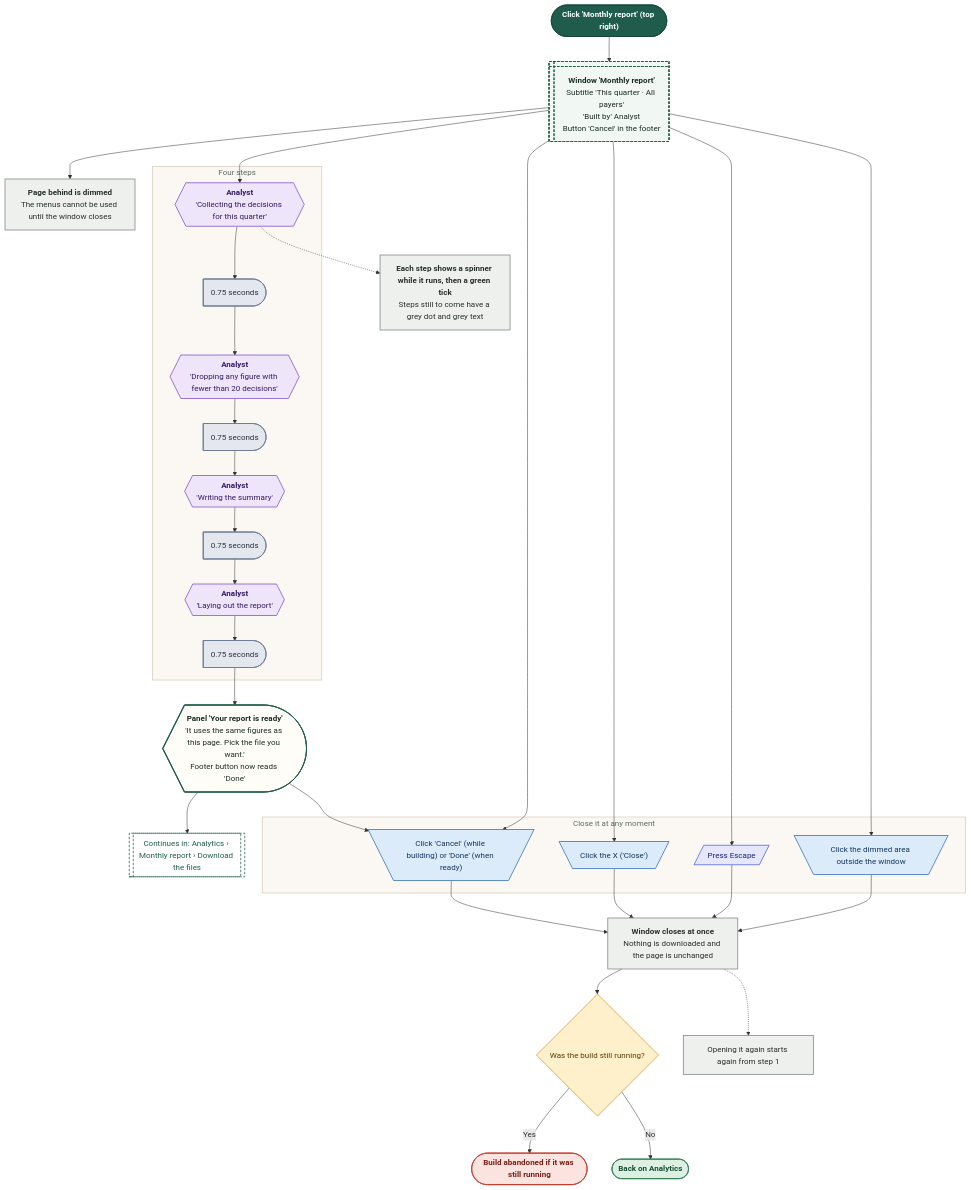
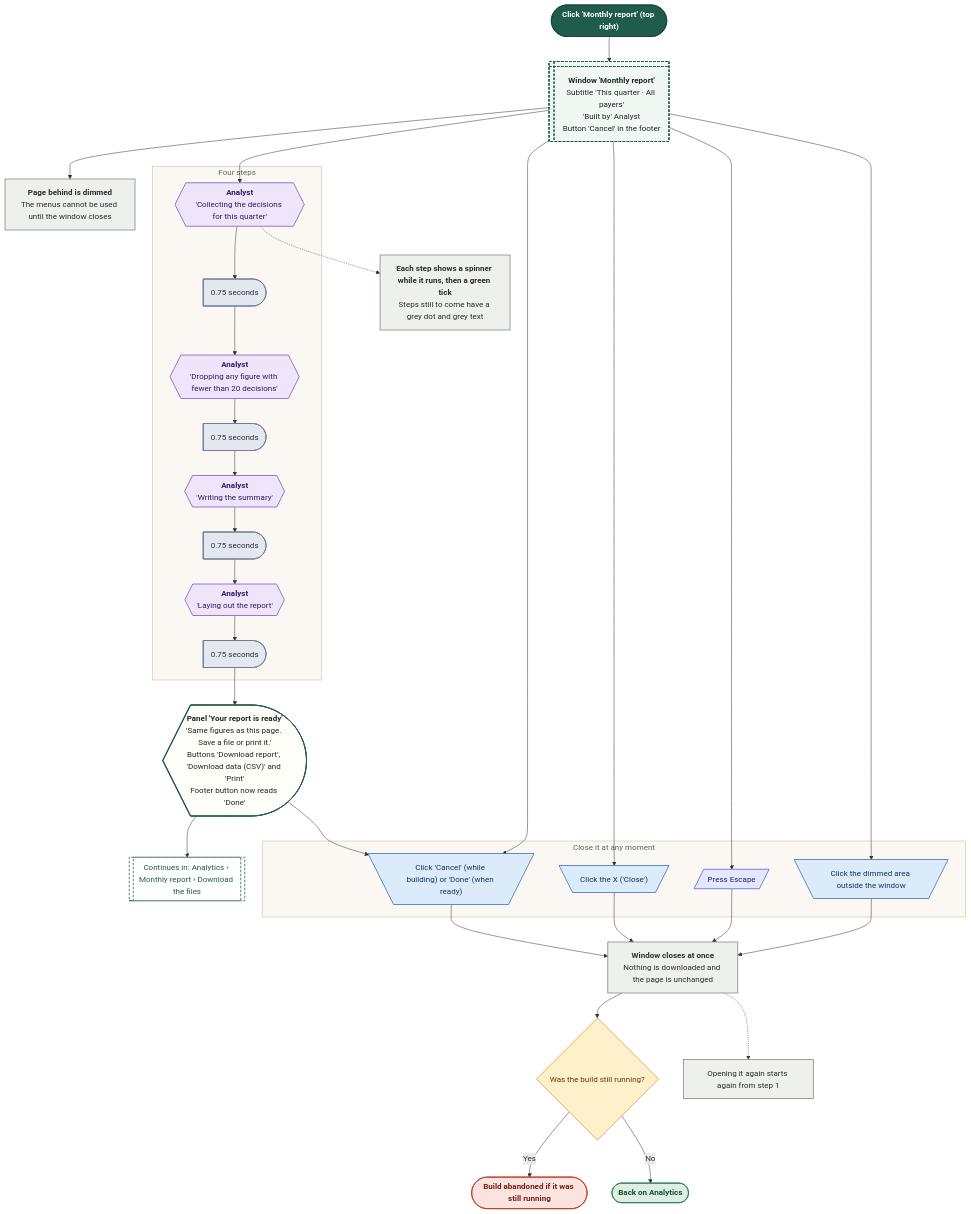
One commit to Shrav143/psyfloapp changed the seventh of 9 diagrams in demos/prior-auth-demo/workflows/out/md/08-analytics.md. Above: the diagram before and after it, drawn with Mermaid. The commit also changed other lines of this file and 195 other files, not shown here.

First line of the commit message:
docs: Rebuild workflow diagrams after the demo fixes (220 diagrams)

````diff
--- a/demos/prior-auth-demo/workflows/out/md/08-analytics.md
+++ b/demos/prior-auth-demo/workflows/out/md/08-analytics.md
@@ -401,71 +491,71 @@
 ```mermaid
 %%{init: {"theme":"base","themeVariables":{"fontFamily":"'DM Sans', 'Segoe UI', system-ui, sans-serif","fontSize":"15px","lineColor":"#5B6B63","primaryTextColor":"#1C2B25","clusterBkg":"#FBF8F3","clusterBorder":"#D9CDBB","edgeLabelBackground":"#FFFFFF"},"flowchart":{"curve":"basis","nodeSpacing":36,"rankSpacing":48,"padding":12,"htmlLabels":true,"useMaxWidth":false,"wrappingWidth":230}} }%%
 flowchart TD
   classDef k_start fill:#1F5C4B,stroke:#174638,color:#FFFFFF,stroke-width:1.5px,font-weight:600
   classDef k_end fill:#DDEFE3,stroke:#2E7D4F,color:#14502F,stroke-width:1.5px,font-weight:600
   classDef k_endx fill:#FBE3E0,stroke:#C0392B,color:#7A1F16,stroke-width:1.5px,font-weight:600
   classDef k_screen fill:#FFFDF8,stroke:#1F5C4B,color:#1C2B25,stroke-width:2px
   classDef k_overlay fill:#F1F7F3,stroke:#1F5C4B,color:#1C2B25,stroke-width:2px,stroke-dasharray:5 3
   classDef k_click fill:#DCEBFA,stroke:#2F6DB5,color:#12365F,stroke-width:1.5px
   classDef k_input fill:#E4E7FF,stroke:#4C5FD5,color:#1D2670,stroke-width:1.5px
   classDef k_process fill:#EEF0EE,stroke:#7A857F,color:#26302B,stroke-width:1.5px
   classDef k_agent fill:#EEE5FA,stroke:#7A4FC2,color:#341A63,stroke-width:1.5px
   classDef k_decision fill:#FFF0CC,stroke:#D9962B,color:#5C3B00,stroke-width:1.5px
   classDef k_store fill:#D5F0EA,stroke:#1C8E7B,color:#0B4A3F,stroke-width:1.5px
   classDef k_doc fill:#F6E9DC,stroke:#B07A4C,color:#4A2E14,stroke-width:1.5px
   classDef k_ext fill:#FFE6D2,stroke:#E07B39,color:#6B2F06,stroke-width:1.5px
   classDef k_wait fill:#E4E8EE,stroke:#6B7C93,color:#26303D,stroke-width:1.5px
   classDef k_toast fill:#FFF9DB,stroke:#C9A400,color:#5A4A00,stroke-width:1.5px
   classDef k_goto fill:#FFFFFF,stroke:#1F5C4B,color:#1F5C4B,stroke-width:1.5px,stroke-dasharray:5 3
   s1@{ shape: stadium, label: "Click 'Monthly report' (top right)" }
   o1@{ shape: win-pane, label: "<b>Window 'Monthly report'</b><br/>Subtitle 'This quarter · All payers'<br/>'Built by' Analyst<br/>Button 'Cancel' in the footer" }
   p0@{ shape: rect, label: "<b>Page behind is dimmed</b><br/>The menus cannot be used until the window closes" }
   subgraph gSteps ["Four steps"]
   a1@{ shape: hex, label: "<b>Analyst</b><br/>'Collecting the decisions for this quarter'" }
   w1@{ shape: delay, label: "0.75 seconds" }
   a2@{ shape: hex, label: "<b>Analyst</b><br/>'Dropping any figure with fewer than 20 decisions'" }
   w2@{ shape: delay, label: "0.75 seconds" }
   a3@{ shape: hex, label: "<b>Analyst</b><br/>'Writing the summary'" }
   w3@{ shape: delay, label: "0.75 seconds" }
   a4@{ shape: hex, label: "<b>Analyst</b><br/>'Laying out the report'" }
   w4@{ shape: delay, label: "0.75 seconds" }
   end
   p1@{ shape: rect, label: "<b>Each step shows a spinner while it runs, then a green tick</b><br/>Steps still to come have a grey dot and grey text" }
-  r1@{ shape: curv-trap, label: "<b>Panel 'Your report is ready'</b><br/>'It uses the same figures as this page. Pick the file you want.'<br/>Footer button now reads 'Done'" }
+  r1@{ shape: curv-trap, label: "<b>Panel 'Your report is ready'</b><br/>'Same figures as this page. Save a file or print it.'<br/>Buttons 'Download report', 'Download data (CSV)' and 'Print'<br/>Footer button now reads 'Done'" }
   subgraph gClose ["Close it at any moment"]
   c1@{ shape: trap-t, label: "Click 'Cancel' (while building) or 'Done' (when ready)" }
   c2@{ shape: trap-t, label: "Click the X ('Close')" }
   k1@{ shape: lean-r, label: "Press Escape" }
   c3@{ shape: trap-t, label: "Click the dimmed area outside the window" }
   end
   p2@{ shape: rect, label: "<b>Window closes at once</b><br/>Nothing is downloaded and the page is unchanged" }
   p3@{ shape: rect, label: "Opening it again starts again from step 1" }
   q1@{ shape: diam, label: "Was the build still running?" }
   e1@{ shape: stadium, label: "Build abandoned if it was still running" }
   e2@{ shape: stadium, label: "Back on Analytics" }
   g1@{ shape: subproc, label: "Continues in: Analytics › Monthly report › Download the files" }
   s1 --> o1 --> p0
   o1 --> a1 --> w1 --> a2 --> w2 --> a3 --> w3 --> a4 --> w4 --> r1
   a1 -.-> p1
   r1 --> g1
   o1 --> c1 & c2 & k1 & c3
   r1 --> c1
   c1 & c2 & k1 & c3 --> p2 --> q1
   p2 -.-> p3
   q1 -->|"Yes"| e1
   q1 -->|"No"| e2
   class s1 k_start
   class o1 k_overlay
   class p0,p1,p2,p3 k_process
   class a1,a2,a3,a4 k_agent
   class w1,w2,w3,w4 k_wait
   class r1 k_screen
   class c1,c2,c3 k_click
   class k1 k_input
   class q1 k_decision
   class e1 k_endx
   class e2 k_end
   class g1 k_goto
   style gSteps fill:#FBF8F3,stroke:#D9CDBB,stroke-width:1.5px,color:#5B6B63
   style gClose fill:#FBF8F3,stroke:#D9CDBB,stroke-width:1.5px,color:#5B6B63
 ```
````
